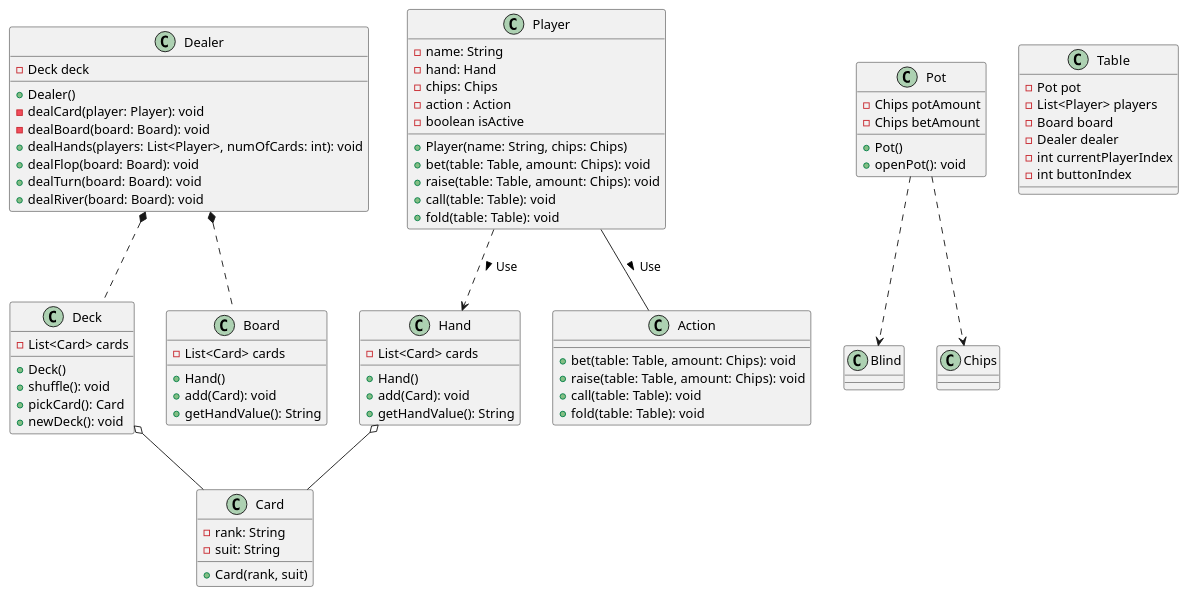
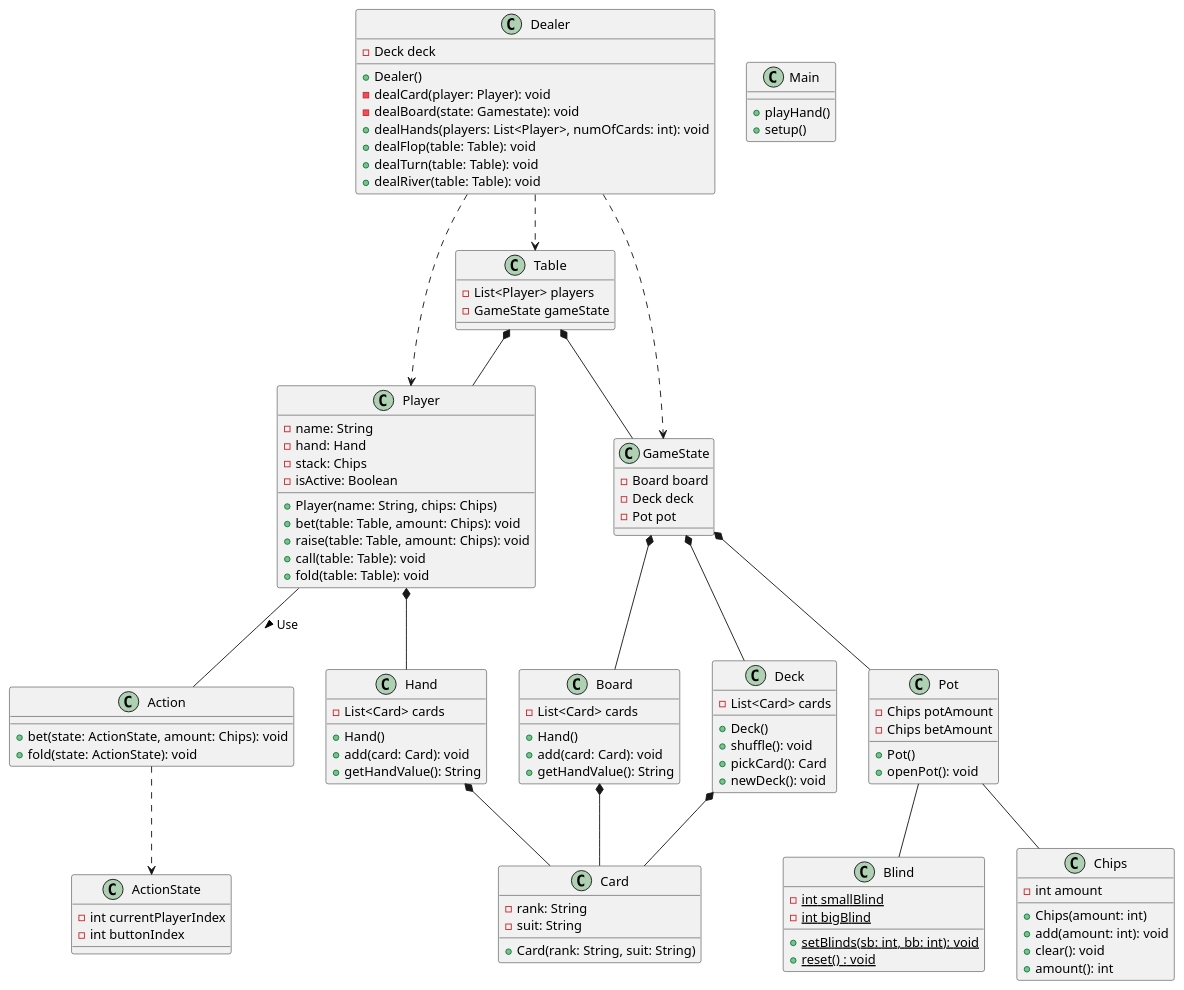
The diagram in src/main/java/com/peeeaje/uml.pu (Peeeaje/riggedPoker), drawn with PlantUML before and after one commit. The commit also changed 54 other files, not shown here.

```diff
--- a/src/main/java/com/peeeaje/uml.pu
+++ b/src/main/java/com/peeeaje/uml.pu
@@ -1,78 +1,125 @@
 @startuml uml
 class Card {
     - rank: String
     - suit: String
-    + Card(rank, suit)
+    + Card(rank: String, suit: String)
 }
 class Deck {
     - List<Card> cards
     + Deck()
     + shuffle(): void
     + pickCard(): Card
     + newDeck(): void
 }
 class Hand {
     - List<Card> cards
     + Hand()
-    + add(Card): void
+    + add(card: Card): void
     + getHandValue(): String
 }
 class Player {
     - name: String
     - hand: Hand
-    - chips: Chips
-    - action : Action
-    - boolean isActive
+    - stack: Chips
+    - isActive: Boolean
     + Player(name: String, chips: Chips)
     + bet(table: Table, amount: Chips): void
     + raise(table: Table, amount: Chips): void
     + call(table: Table): void
     + fold(table: Table): void
 }
 
 class Action {
-    + bet(table: Table, amount: Chips): void
-    + raise(table: Table, amount: Chips): void
-    + call(table: Table): void
-    + fold(table: Table): void
+    + bet(state: ActionState, amount: Chips): void
+    ' + raise(state: ActionState, amount: Chips): void
+    ' + call(state: ActionState): void
+    + fold(state: ActionState): void
 }
 
 class Dealer {
     - Deck deck
     + Dealer()
     - dealCard(player: Player): void
-    - dealBoard(board: Board): void
+    - dealBoard(state: Gamestate): void
     + dealHands(players: List<Player>, numOfCards: int): void
-    + dealFlop(board: Board): void
-    + dealTurn(board: Board): void
-    + dealRiver(board: Board): void
+    + dealFlop(table: Table): void
+    + dealTurn(table: Table): void
+    + dealRiver(table: Table): void
 }
 class Pot {
     - Chips potAmount
     - Chips betAmount
     + Pot()
     + openPot(): void
 }
-class Table {
-    - Pot pot
-    - List<Player> players
-    - Board board
-    - Dealer dealer
+' class Game {
+'     - List<Player> players
+'     - Dealer dealer
+'     - ActionState actionState
+'     + setStartingHands(): void
+' }
+class Board {
+    - List<Card> cards
+    + Hand()
+    + add(card: Card): void
+    + getHandValue(): String
+}
+class Blind {
+    {static} - int smallBlind
+    {static} - int bigBlind
+    {static} + setBlinds(sb: int, bb: int): void
+    {static} + reset() : void
+}
+class Chips {
+    - int amount
+    + Chips(amount: int)
+    + add(amount: int): void
+    + clear(): void
+    + amount(): int
+}
+
+class ActionState{
     - int currentPlayerIndex
     - int buttonIndex
 }
-class Board {
-    - List<Card> cards
-    + Hand()
-    + add(Card): void
-    + getHandValue(): String
+
+class Table {
+    - List<Player> players
+    - GameState gameState
 }
-Deck o-- Card
-Hand o-- Card
+
+class GameState {
+    - Board board
+    - Deck deck
+    - Pot pot
+}
+
+class Main{
+    + playHand()
+    + setup()
+
+}
+
+' ..>  -> 依存、使用を表す、変数としてもたないが入力として与えられる
+' o-- ->左が右を変数としてもち、左が消えても右は消滅しない、aggregation
+' *-- -> 左が右を変数としてもち、左が消えると右も消滅する、Composition
+Deck *-- Card 
+Hand *-- Card
 Player -- Action : Use >
-Player ..> Hand : Use >
-Pot ..> Blind
-Pot ..> Chips
-Dealer *.. Deck
-Dealer *.. Board
+Player *-- Hand
+Action ..> ActionState
+Pot -- Blind
+Pot -- Chips
+Dealer ..> Table
+Dealer ..> Player
+Dealer ..> GameState
+Board *-- Card
+' Dealer *-- Deck
+GameState *-- Pot
+GameState *-- Board
+GameState *-- Deck
+Table *-- Player
+' Table *-- Dealer
+Table *-- GameState
+
 @enduml
```
